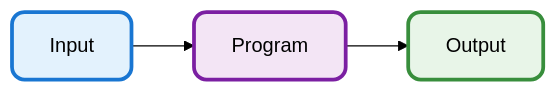
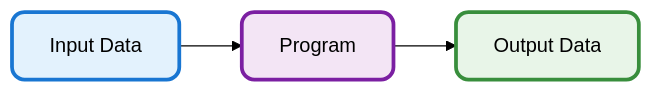
The second of 2 diagrams in 010-overview-of-ai-and-ml.md (skolaric/book-ai-and-machine-learning-a-quick-start-guide), drawn with Mermaid (forest theme) before and after one commit. The commit also changed other lines of this file, not shown here.

````diff
--- a/010-overview-of-ai-and-ml.md
+++ b/010-overview-of-ai-and-ml.md
@@ -31,13 +31,13 @@
 ```mermaid
 graph LR
-    A[Input] --> B[Program] --> C[Output]
+    A[Input Data] --> B[Program] --> C[Output Data]
     
     %% Styling
     classDef inputStyle fill:#e3f2fd,stroke:#1976d2,stroke-width:3px,rx:10,ry:10,color:#000000
     classDef programStyle fill:#f3e5f5,stroke:#7b1fa2,stroke-width:3px,rx:10,ry:10,color:#000000
     classDef outputStyle fill:#e8f5e8,stroke:#388e3c,stroke-width:3px,rx:10,ry:10,color:#000000
     
     class A inputStyle
     class B programStyle
     class C outputStyle
 ```
````
